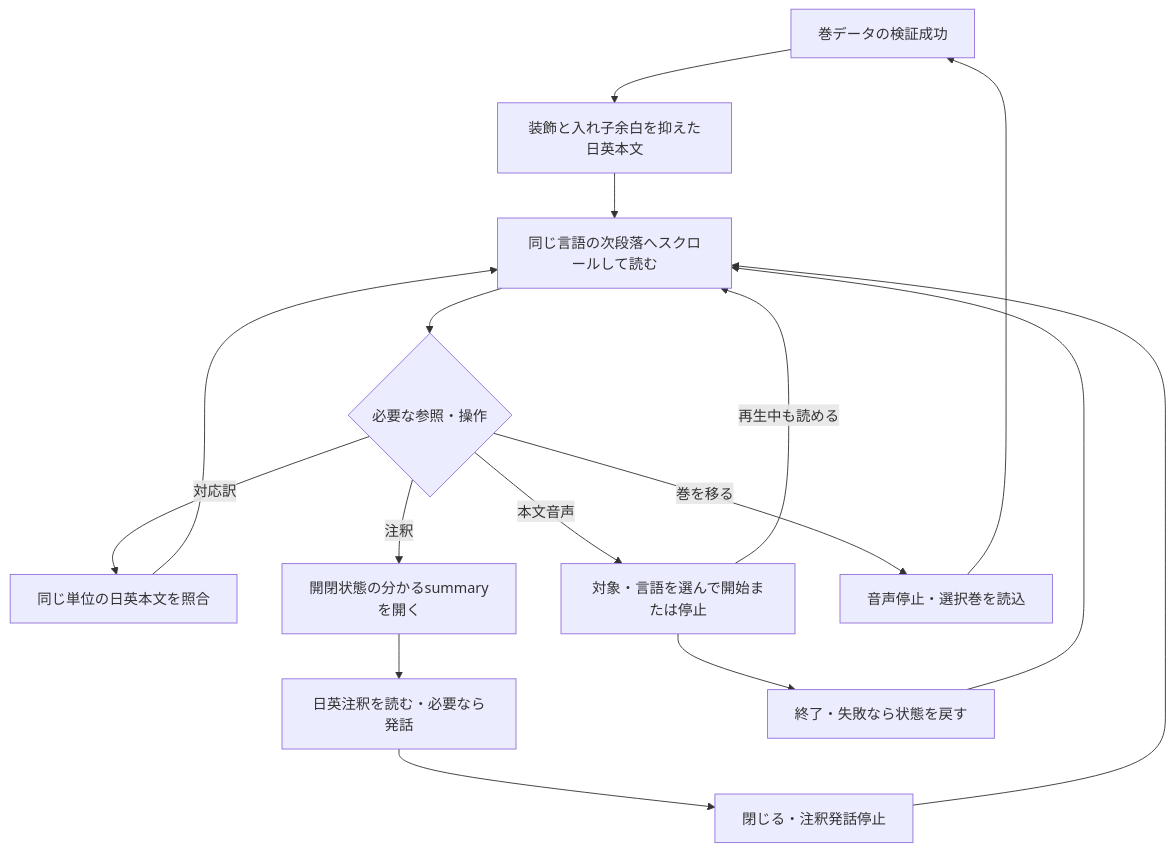
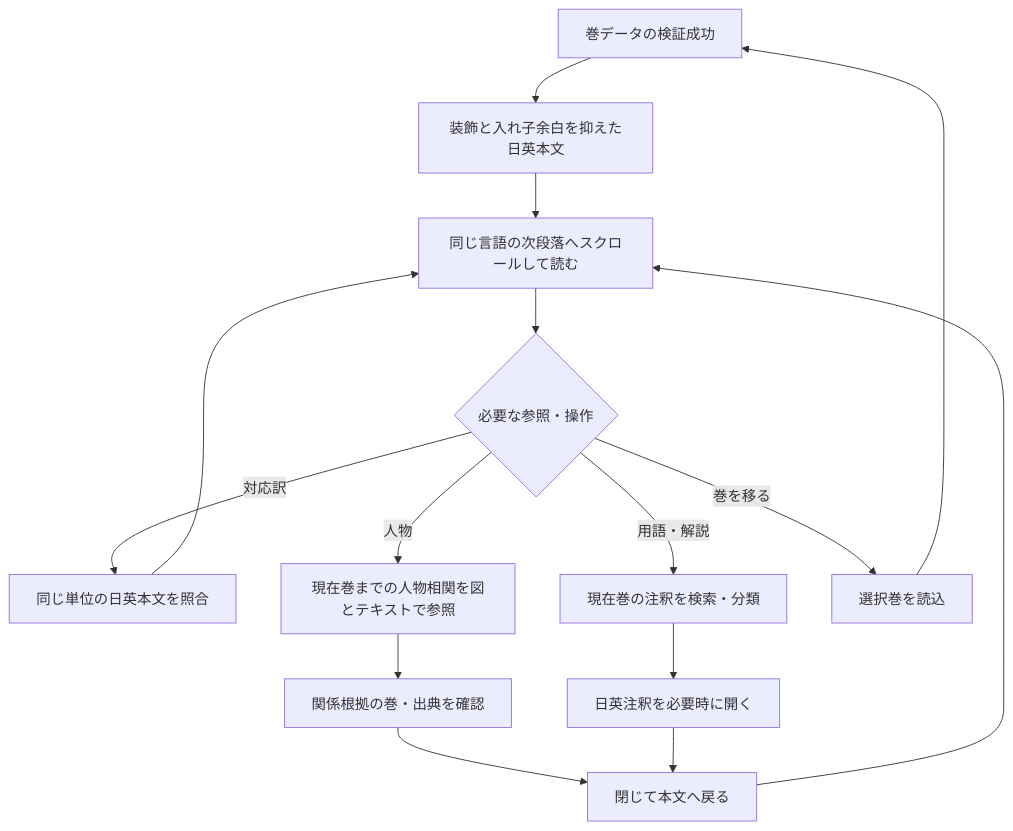
The fifth of 8 diagrams in FLOW.md (hogehonya/homer-reader), drawn with Mermaid before and after one commit. The commit also changed other lines of this file and 21 other files, not shown here.

````diff
--- a/FLOW.md
+++ b/FLOW.md
@@ -103,18 +91,17 @@
 ```mermaid
 flowchart TD
     A[巻データの検証成功] --> B[装飾と入れ子余白を抑えた日英本文]
     B --> C[同じ言語の次段落へスクロールして読む]
     C --> D{必要な参照・操作}
     D -->|対応訳| E[同じ単位の日英本文を照合]
-    D -->|注釈| F[開閉状態の分かるsummaryを開く]
-    F --> G[日英注釈を読む・必要なら発話]
-    G --> H[閉じる・注釈発話停止]
-    D -->|本文音声| I[対象・言語を選んで開始または停止]
-    I -->|再生中も読める| C
-    I --> J[終了・失敗なら状態を戻す]
+    D -->|人物| F[現在巻までの人物相関を図とテキストで参照]
+    F --> G[関係根拠の巻・出典を確認]
+    G --> H[閉じて本文へ戻る]
+    D -->|用語・解説| I[現在巻の注釈を検索・分類]
+    I --> J[日英注釈を必要時に開く]
+    J --> H
     E --> C
     H --> C
-    J --> C
-    D -->|巻を移る| K[音声停止・選択巻を読込]
+    D -->|巻を移る| K[選択巻を読込]
     K --> A
 ```
````
